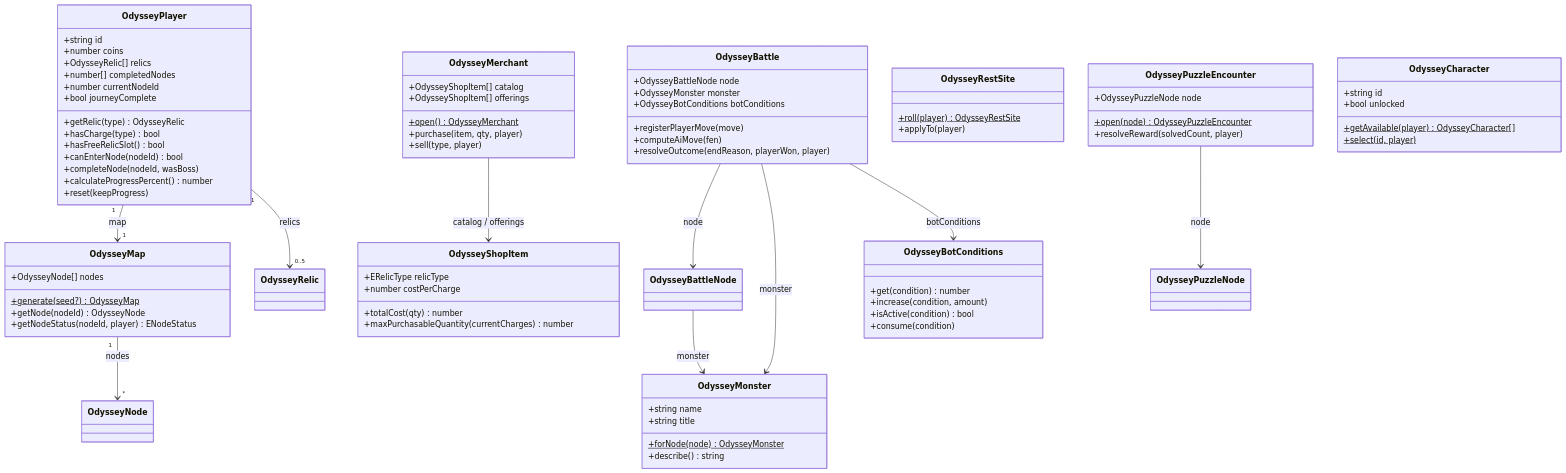
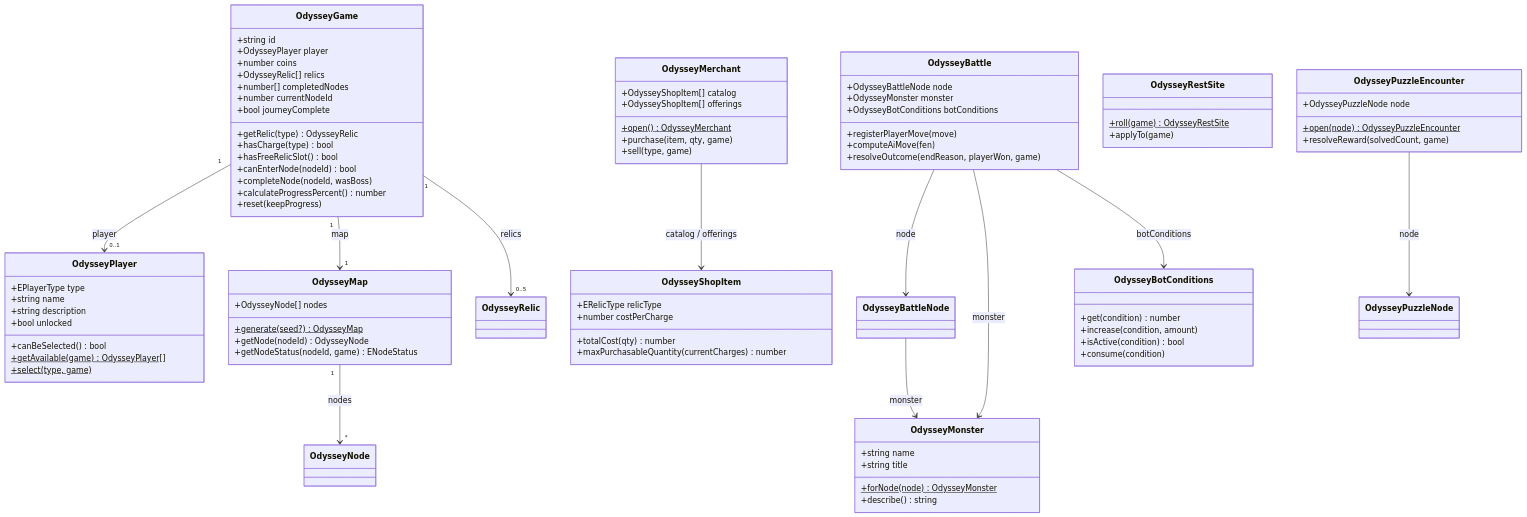
One commit to CHANDRAHARSHIT/Chess-Project changed the third of 3 diagrams in story-mode-backend-models/README.md. Above: the diagram before and after it, drawn with Mermaid. The commit also changed other lines of this file and 91 other files, not shown here.

Commit message:
Rework Odyssey model layer: split Player/Game, add unit tests

````diff
--- a/story-mode-backend-models/README.md
+++ b/story-mode-backend-models/README.md
@@ -127,7 +145,17 @@
 ```mermaid
 classDiagram
     class OdysseyPlayer {
+        +EPlayerType type
+        +string name
+        +string description
+        +bool unlocked
+        +canBeSelected() bool
+        +getAvailable(game)$ OdysseyPlayer[]
+        +select(type, game)$
+    }
+    class OdysseyGame {
         +string id
+        +OdysseyPlayer player
         +number coins
         +OdysseyRelic[] relics
         +number[] completedNodes
@@ -145,7 +173,7 @@
         +OdysseyNode[] nodes
         +generate(seed?)$ OdysseyMap
         +getNode(nodeId) OdysseyNode
-        +getNodeStatus(nodeId, player) ENodeStatus
+        +getNodeStatus(nodeId, game) ENodeStatus
     }
     class OdysseyMonster {
         +string name
@@ -159,7 +187,7 @@
         +OdysseyBotConditions botConditions
         +registerPlayerMove(move)
         +computeAiMove(fen)
-        +resolveOutcome(endReason, playerWon, player)
+        +resolveOutcome(endReason, playerWon, game)
     }
     class OdysseyBotConditions {
         +get(condition) number
@@ -171,8 +199,8 @@
         +OdysseyShopItem[] catalog
         +OdysseyShopItem[] offerings
         +open()$ OdysseyMerchant
-        +purchase(item, qty, player)
-        +sell(type, player)
+        +purchase(item, qty, game)
+        +sell(type, game)
     }
     class OdysseyShopItem {
         +ERelicType relicType
@@ -181,23 +209,18 @@
         +maxPurchasableQuantity(currentCharges) number
     }
     class OdysseyRestSite {
-        +roll(player)$ OdysseyRestSite
-        +applyTo(player)
+        +roll(game)$ OdysseyRestSite
+        +applyTo(game)
     }
     class OdysseyPuzzleEncounter {
         +OdysseyPuzzleNode node
         +open(node)$ OdysseyPuzzleEncounter
-        +resolveReward(solvedCount, player)
-    }
-    class OdysseyCharacter {
-        +string id
-        +bool unlocked
-        +getAvailable(player)$ OdysseyCharacter[]
-        +select(id, player)$
+        +resolveReward(solvedCount, game)
     }
 
-    OdysseyPlayer "1" --> "1" OdysseyMap : map
-    OdysseyPlayer "1" --> "0..5" OdysseyRelic : relics
+    OdysseyGame "1" --> "0..1" OdysseyPlayer : player
+    OdysseyGame "1" --> "1" OdysseyMap : map
+    OdysseyGame "1" --> "0..5" OdysseyRelic : relics
     OdysseyMap "1" --> "*" OdysseyNode : nodes
     OdysseyBattle --> OdysseyBattleNode : node
     OdysseyBattle --> OdysseyMonster : monster
````
